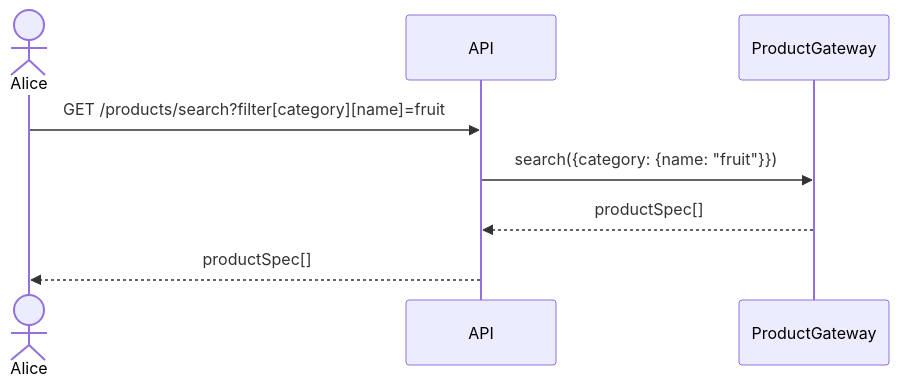
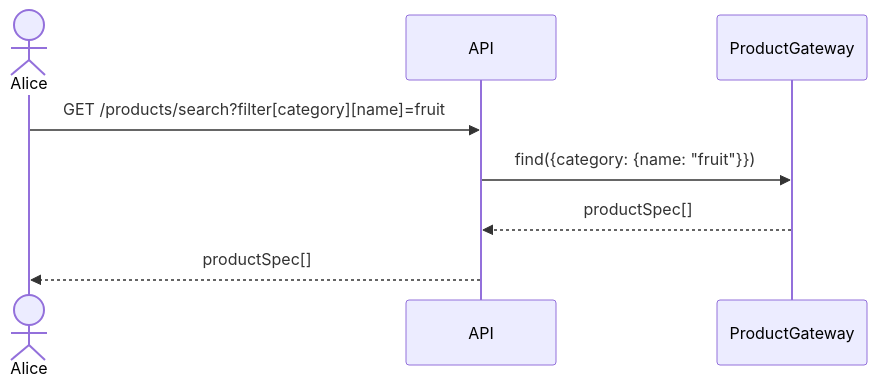
Diagram 11 of 32 in sequence.md (hivetown/planning), drawn with Mermaid before and after one commit. The commit also changed other lines of this file, not shown here.

````diff
--- a/sequence.md
+++ b/sequence.md
@@ -394,11 +412,11 @@
 ```mermaid
 sequenceDiagram
     actor A as Alice
     participant API
     participant PG as ProductGateway
 
     A ->> API: GET /products/search?filter[category][name]=fruit
-    API ->> PG: search({category: {name: "fruit"}})
+    API ->> PG: find({category: {name: "fruit"}})
     PG -->> API: productSpec[]
     API -->> A: productSpec[]
 ```
````
